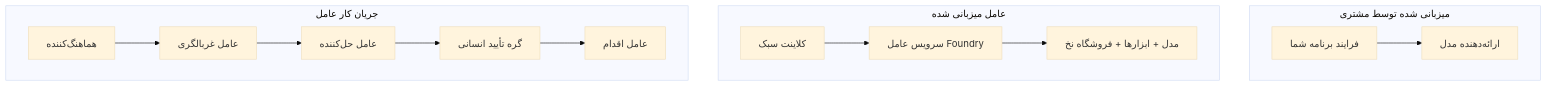
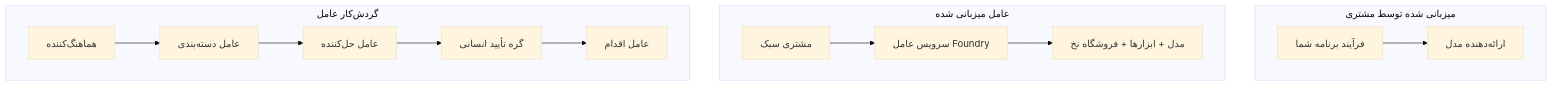
Before and after one commit to microsoft/ai-agents-for-beginners: the first of 4 diagrams in translations/fa/16-deploying-scalable-agents/README.md, drawn with Mermaid (base theme). The commit also changed other lines of this file and 47 other files, not shown here.

````diff
--- a/translations/fa/16-deploying-scalable-agents/README.md
+++ b/translations/fa/16-deploying-scalable-agents/README.md
@@ -87,16 +87,16 @@
 ```mermaid
 flowchart TB
     subgraph P1[میزبانی شده توسط مشتری]
-        A1[فرایند برنامه شما] --> M1[ارائه‌دهنده مدل]
+        A1[فرآیند برنامه شما] --> M1[ارائه‌دهنده مدل]
     end
     subgraph P2[عامل میزبانی شده]
-        A2[کلاینت سبک] --> F2[سرویس عامل Foundry]
+        A2[مشتری سبک] --> F2[سرویس عامل Foundry]
         F2 --> M2[مدل + ابزارها + فروشگاه نخ]
     end
-    subgraph P3[جریان کار عامل]
-        A3[هماهنگ‌کننده] --> S1[عامل غربالگری]
+    subgraph P3[گردش‌کار عامل]
+        A3[هماهنگ‌کننده] --> S1[عامل دسته‌بندی]
         S1 --> S2[عامل حل‌کننده]
         S2 --> H[گره تأیید انسانی]
         H --> S3[عامل اقدام]
     end
 ```
````
